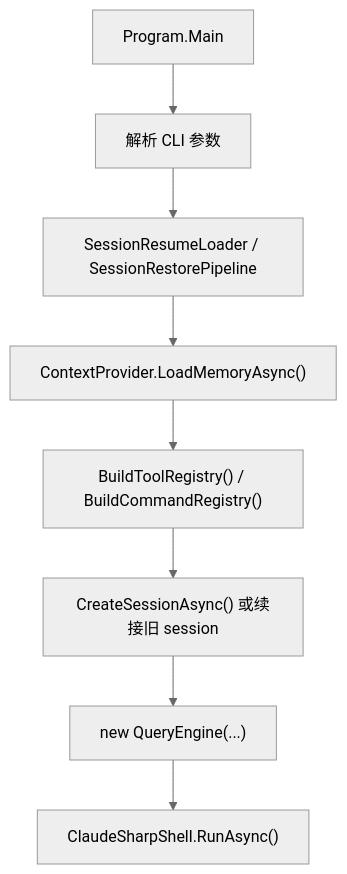
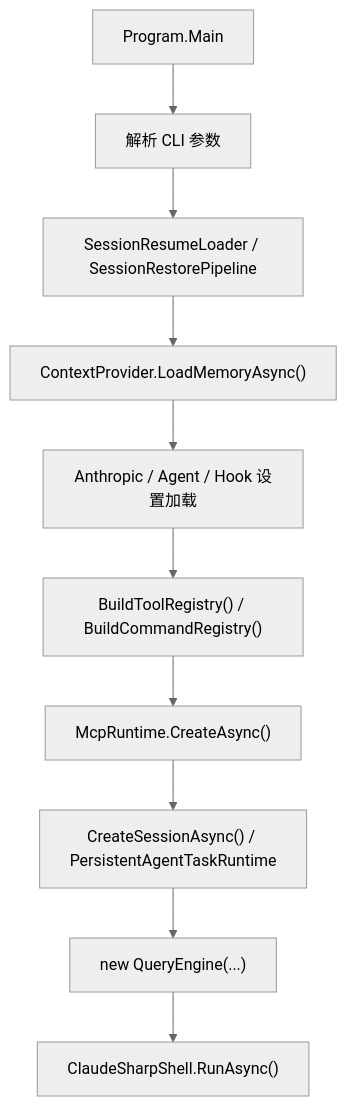
The diagram in docs/claudesharp/implementation.md (eanzhao/ClaudeSharp), drawn with Mermaid (neutral theme) before and after one commit. The commit also changed other lines of this file and 23 other files, not shown here.

````diff
--- a/docs/claudesharp/implementation.md
+++ b/docs/claudesharp/implementation.md
@@ -69,10 +75,12 @@
 ```mermaid
 flowchart TD
     A["Program.Main"] --> B["解析 CLI 参数"]
     B --> C["SessionResumeLoader / SessionRestorePipeline"]
     C --> D["ContextProvider.LoadMemoryAsync()"]
-    D --> E["BuildToolRegistry() / BuildCommandRegistry()"]
-    E --> F["CreateSessionAsync() 或续接旧 session"]
-    F --> G["new QueryEngine(...)"]
-    G --> H["ClaudeSharpShell.RunAsync()"]
+    D --> E["Anthropic / Agent / Hook 设置加载"]
+    E --> F["BuildToolRegistry() / BuildCommandRegistry()"]
+    F --> G["McpRuntime.CreateAsync()"]
+    G --> H["CreateSessionAsync() / PersistentAgentTaskRuntime"]
+    H --> I["new QueryEngine(...)"]
+    I --> J["ClaudeSharpShell.RunAsync()"]
 ```
````
